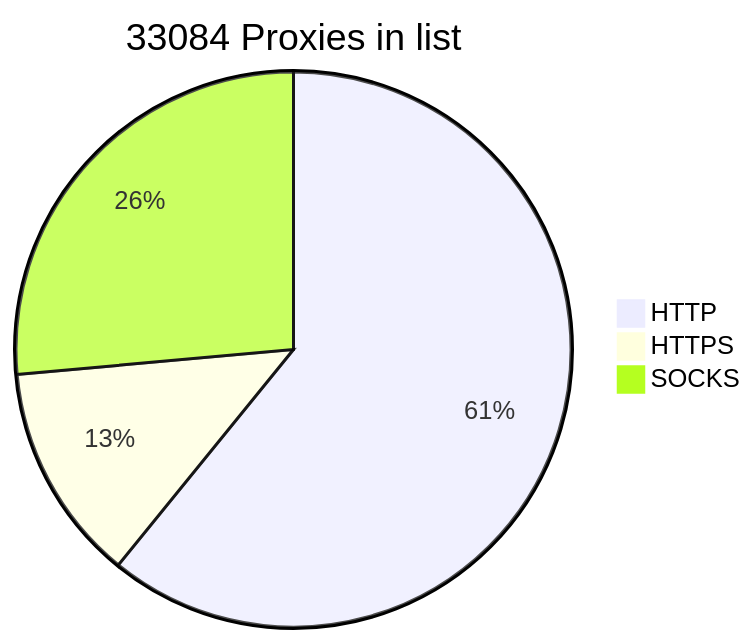
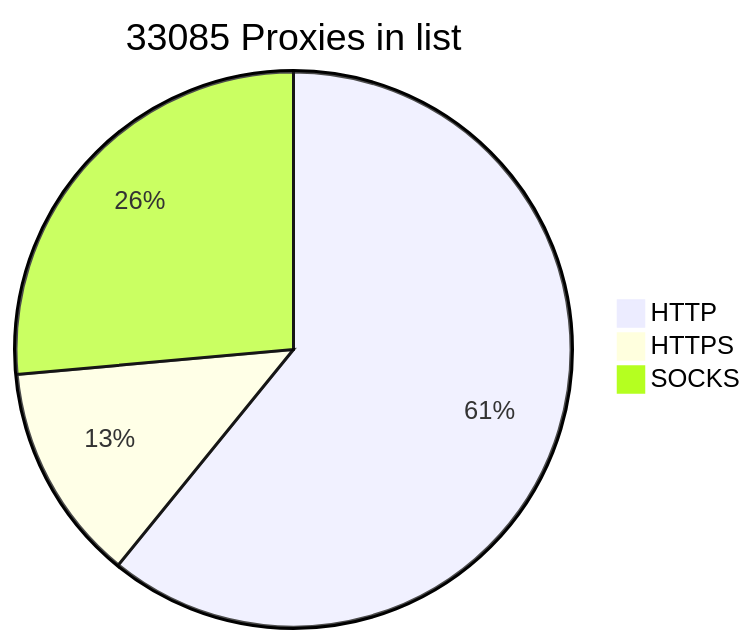
The diagram in README.md (BlackSnowDot/proxylist-update-every-minute), drawn with Mermaid before and after one commit.

````diff
--- a/README.md
+++ b/README.md
@@ -2,6 +2,6 @@
 ```mermaid
-pie title 33084 Proxies in list
+pie title 33085 Proxies in list
     "HTTP" : 22292
     "HTTPS": 4652
-    "SOCKS" : 9681
+    "SOCKS" : 9682
 ```
````
